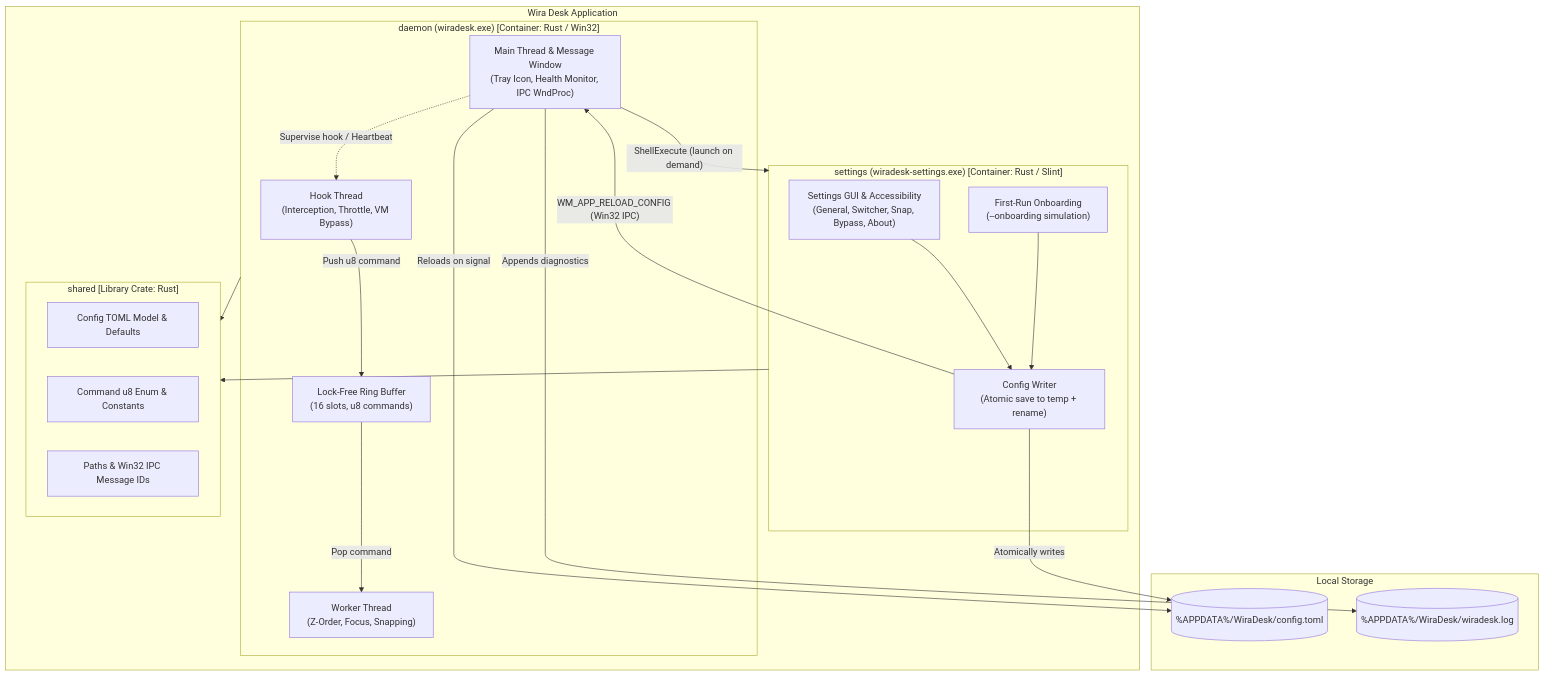
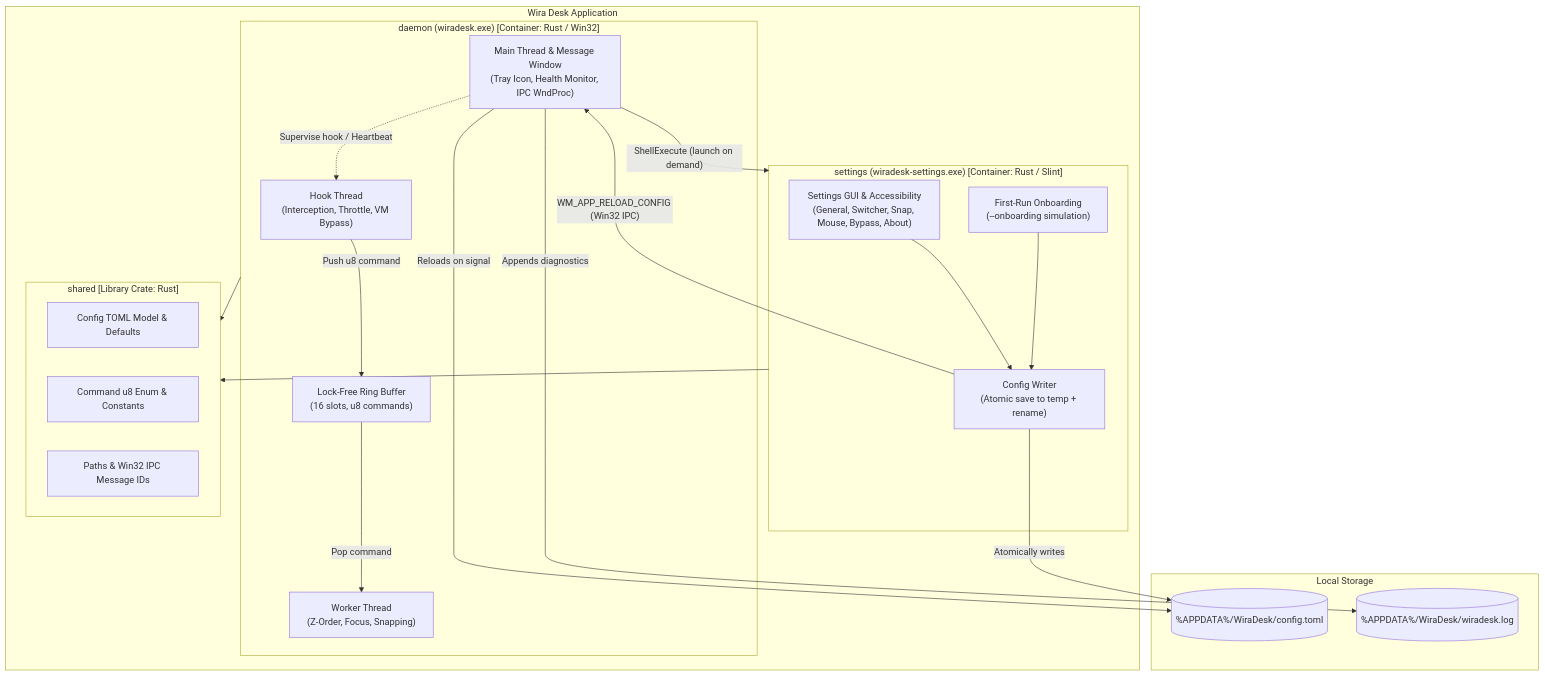
The diagram in .how-rendered/blueprint.md (wiradigitalid/wira-desk), drawn with Mermaid before and after one commit. The commit also changed other lines of this file and 60 other files, not shown here.

````diff
--- a/.how-rendered/blueprint.md
+++ b/.how-rendered/blueprint.md
@@ -221,44 +227,44 @@
 ```mermaid
 graph TB
     subgraph WiraDeskApp["Wira Desk Application"]
         subgraph DaemonContainer["daemon (wiradesk.exe) [Container: Rust / Win32]"]
             HookThread["Hook Thread<br/>(Interception, Throttle, VM Bypass)"]
             RingBuf["Lock-Free Ring Buffer<br/>(16 slots, u8 commands)"]
             WorkerThread["Worker Thread<br/>(Z-Order, Focus, Snapping)"]
             MainThread["Main Thread & Message Window<br/>(Tray Icon, Health Monitor, IPC WndProc)"]
             
             HookThread -- "Push u8 command" --> RingBuf
             RingBuf -- "Pop command" --> WorkerThread
             MainThread -. "Supervise hook / Heartbeat" .-> HookThread
         end
 
         subgraph SettingsContainer["settings (wiradesk-settings.exe) [Container: Rust / Slint]"]
-            SettingsUI["Settings GUI & Accessibility<br/>(General, Switcher, Snap, Bypass, About)"]
+            SettingsUI["Settings GUI & Accessibility<br/>(General, Switcher, Snap, Mouse, Bypass, About)"]
             OnboardingUI["First-Run Onboarding<br/>(--onboarding simulation)"]
             ConfigWriter["Config Writer<br/>(Atomic save to temp + rename)"]
             
             SettingsUI --> ConfigWriter
             OnboardingUI --> ConfigWriter
         end
 
         subgraph SharedCrate["shared [Library Crate: Rust]"]
             ConfigSchema["Config TOML Model & Defaults"]
             CommandEnum["Command u8 Enum & Constants"]
             PathConstants["Paths & Win32 IPC Message IDs"]
         end
     end
 
     subgraph FileSystem["Local Storage"]
         ConfigFile[("%APPDATA%/WiraDesk/config.toml")]
         LogFile[("%APPDATA%/WiraDesk/wiradesk.log")]
     end
 
     DaemonContainer --> SharedCrate
     SettingsContainer --> SharedCrate
 
     MainThread -- "ShellExecute (launch on demand)" --> SettingsContainer
     ConfigWriter -- "Atomically writes" --> ConfigFile
     ConfigWriter -- "WM_APP_RELOAD_CONFIG (Win32 IPC)" --> MainThread
     MainThread -- "Reloads on signal" --> ConfigFile
     MainThread -- "Appends diagnostics" --> LogFile
 ```
````
